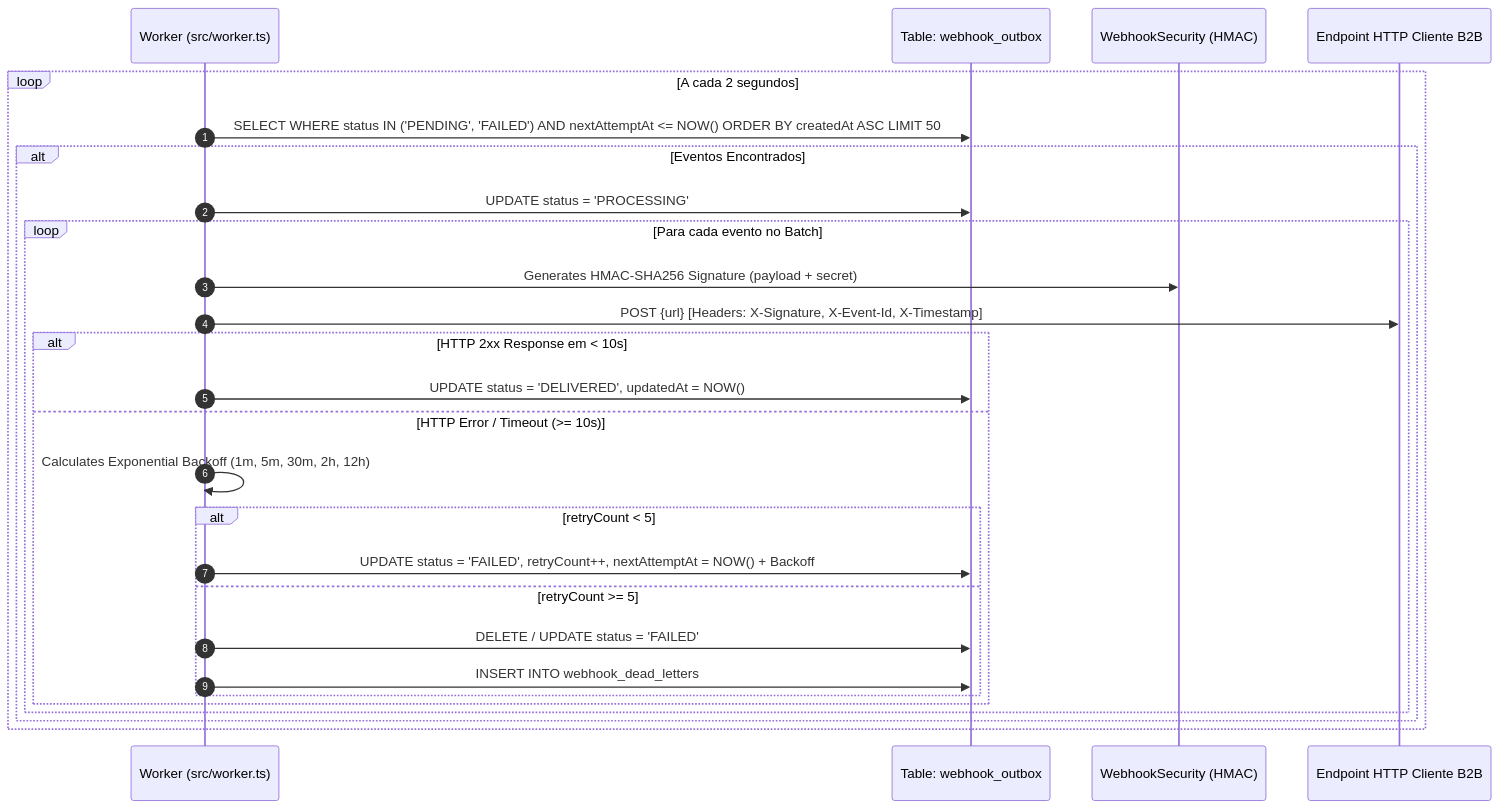
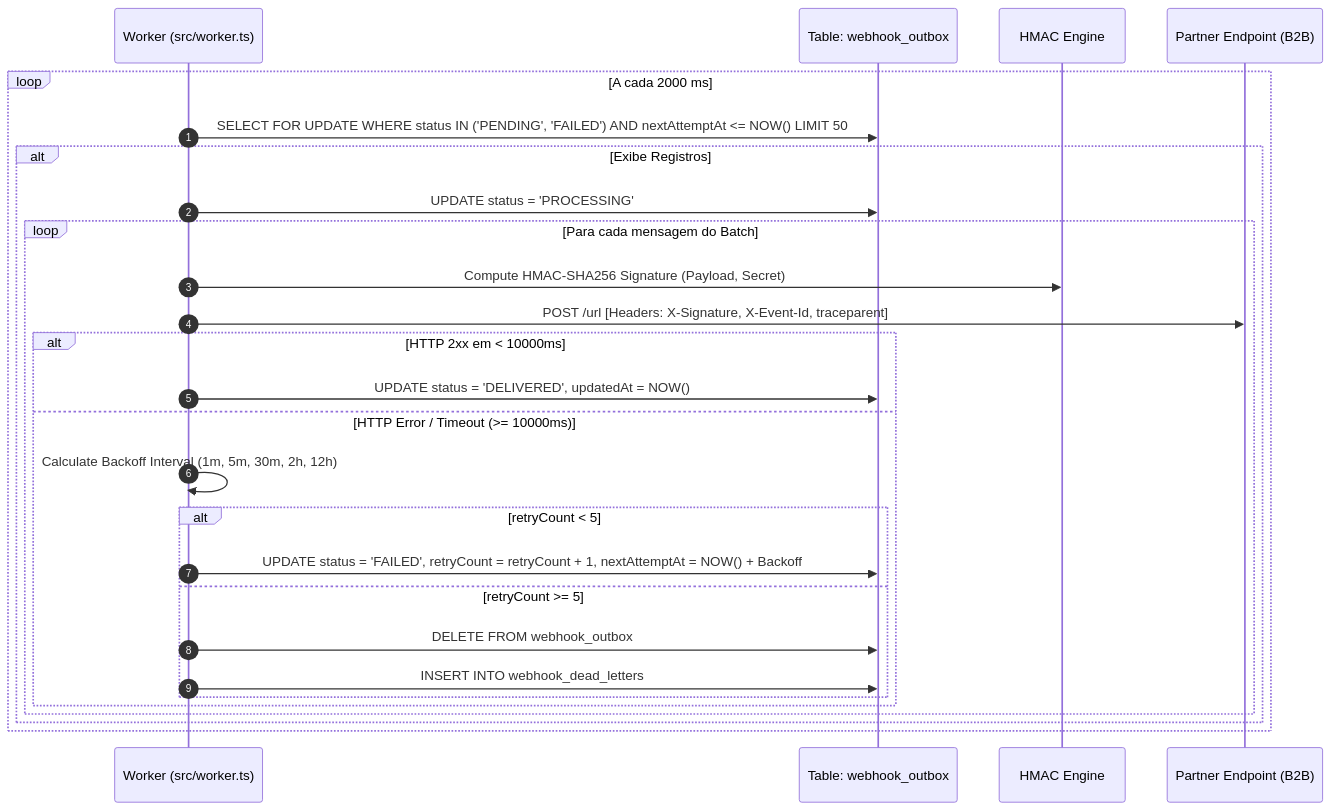
The second of 3 diagrams in docs/FDD.md (Mariana-S-Sanches/mba-design-docs), drawn with Mermaid before and after one commit. The commit also changed other lines of this file and 1 other file, not shown here.

````diff
--- a/docs/FDD.md
+++ b/docs/FDD.md
@@ -288,30 +256,30 @@
 ```mermaid
 sequenceDiagram
     autonumber
     participant Worker as Worker (src/worker.ts)
     participant Outbox as Table: webhook_outbox
-    participant Crypto as WebhookSecurity (HMAC)
-    participant ClientB2B as Endpoint HTTP Cliente B2B
+    participant Crypto as HMAC Engine
+    participant Partner as Partner Endpoint (B2B)
 
-    loop A cada 2 segundos
-        Worker->>Outbox: SELECT WHERE status IN ('PENDING', 'FAILED') AND nextAttemptAt <= NOW() ORDER BY createdAt ASC LIMIT 50
-        alt Eventos Encontrados
+    loop A cada 2000 ms
+        Worker->>Outbox: SELECT FOR UPDATE WHERE status IN ('PENDING', 'FAILED') AND nextAttemptAt <= NOW() LIMIT 50
+        alt Exibe Registros
             Worker->>Outbox: UPDATE status = 'PROCESSING'
-            loop Para cada evento no Batch
-                Worker->>Crypto: Generates HMAC-SHA256 Signature (payload + secret)
-                Worker->>ClientB2B: POST {url} [Headers: X-Signature, X-Event-Id, X-Timestamp]
-                alt HTTP 2xx Response em < 10s
+            loop Para cada mensagem do Batch
+                Worker->>Crypto: Compute HMAC-SHA256 Signature (Payload, Secret)
+                Worker->>Partner: POST /url [Headers: X-Signature, X-Event-Id, traceparent]
+                alt HTTP 2xx em < 10000ms
                     Worker->>Outbox: UPDATE status = 'DELIVERED', updatedAt = NOW()
-                else HTTP Error / Timeout (>= 10s)
-                    Worker->>Worker: Calculates Exponential Backoff (1m, 5m, 30m, 2h, 12h)
+                else HTTP Error / Timeout (>= 10000ms)
+                    Worker->>Worker: Calculate Backoff Interval (1m, 5m, 30m, 2h, 12h)
                     alt retryCount < 5
-                        Worker->>Outbox: UPDATE status = 'FAILED', retryCount++, nextAttemptAt = NOW() + Backoff
+                        Worker->>Outbox: UPDATE status = 'FAILED', retryCount = retryCount + 1, nextAttemptAt = NOW() + Backoff
                     else retryCount >= 5
-                        Worker->>Outbox: DELETE / UPDATE status = 'FAILED'
+                        Worker->>Outbox: DELETE FROM webhook_outbox
                         Worker->>Outbox: INSERT INTO webhook_dead_letters
                     end
                 end
             end
         end
     end
 ```
````
